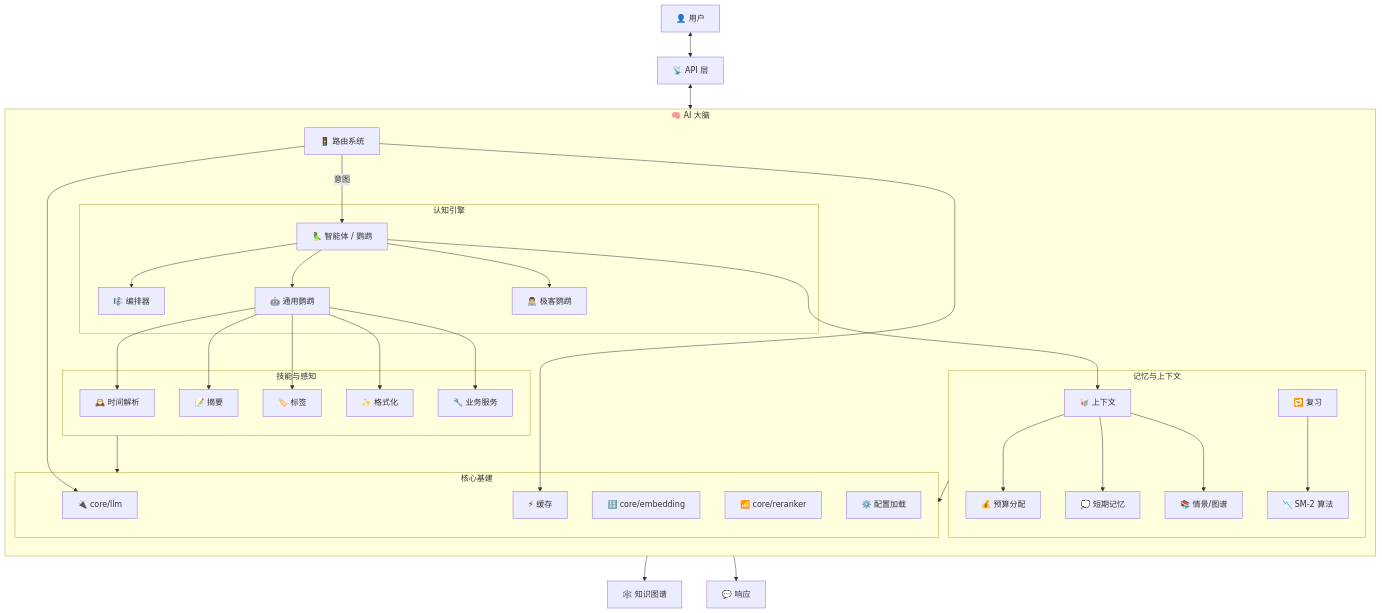
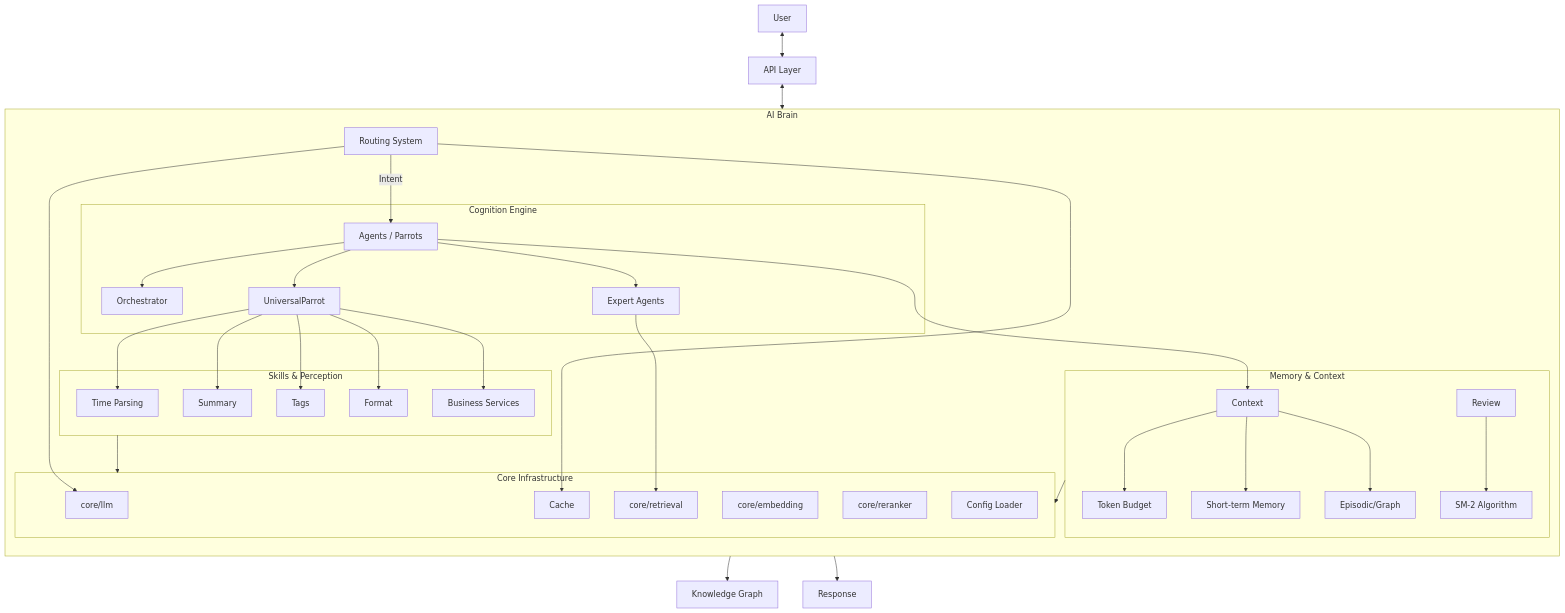
One commit to 88lin/divinesense changed the first of 3 diagrams in ai/README.md. Above: the diagram before and after it, drawn with Mermaid. The commit also changed other lines of this file and 27 other files, not shown here.

````diff
--- a/ai/README.md
+++ b/ai/README.md
@@ -9,56 +9,58 @@
 ```mermaid
 graph TD
-    User[👤 用户] <--> API[📡 API 层]
-    API <--> Router[🚦 路由系统]
-    
-    subgraph Brain [🧠 AI 大脑]
+    User[User] <--> API[API Layer]
+    API <--> Router[Routing System]
+
+    subgraph Brain [AI Brain]
         direction TB
-        
-        %% Layer 1: 决策与编排
-        Router --> |意图| Agents[🦜 智能体 / 鹦鹉]
-        
-        subgraph Cortex [认知引擎]
-            Agents --> Orchestrator[🎼 编排器]
-            Agents --> Universal[🤖 通用鹦鹉]
-            Agents --> Geek[👨‍💻 极客鹦鹉]
+
+        %% Layer 1: Decision & Orchestration
+        Router --> |Intent| Agents[Agents / Parrots]
+
+        subgraph Cortex [Cognition Engine]
+            Agents --> Orchestrator[Orchestrator]
+            Agents --> Universal[UniversalParrot]
+            Agents --> Expert[Expert Agents]
         end
-        
-        %% Layer 2: 技能与感知
-        subgraph Skills [技能与感知]
-            Universal --> Time[🕰️ 时间解析]
-            Universal --> Summary[📝 摘要]
-            Universal --> Tags[🏷️ 标签]
-            Universal --> Format[✨ 格式化]
-            Universal --> Services[🔧 业务服务]
+
+        %% Layer 2: Skills & Perception
+        subgraph Skills [Skills & Perception]
+            Universal --> Time[Time Parsing]
+            Universal --> Summary[Summary]
+            Universal --> Tags[Tags]
+            Universal --> Format[Format]
+            Universal --> Services[Business Services]
         end
-        
-        %% Layer 3: 记忆与上下文
-        subgraph MemoryLobe [记忆与上下文]
-            Context[🥡 上下文] --> Budget[💰 预算分配]
-            Context --> ShortTerm[💭 短期记忆]
-            Context --> LongTerm[📚 情景/图谱]
-            Review[🔁 复习] --> SM2[📉 SM-2 算法]
+
+        %% Layer 3: Memory & Context
+        subgraph MemoryLobe [Memory & Context]
+            Context[Context] --> Budget[Token Budget]
+            Context --> ShortTerm[Short-term Memory]
+            Context --> LongTerm[Episodic/Graph]
+            Review[Review] --> SM2[SM-2 Algorithm]
         end
-        
-        %% Layer 4: 基础设施
-        subgraph Foundation [核心基建]
-            LLM[🔌 core/llm]
-            Embed[🔢 core/embedding]
-            Rerank[📶 core/reranker]
-            Cache[⚡ 缓存]
-            Config[⚙️ 配置加载]
+
+        %% Layer 4: Infrastructure
+        subgraph Foundation [Core Infrastructure]
+            LLM[core/llm]
+            Embed[core/embedding]
+            Rerank[core/reranker]
+            Retrieval[core/retrieval]
+            Cache[Cache]
+            Config[Config Loader]
         end
-        
+
         Agents --> Context
         Skills --> Foundation
         MemoryLobe --> Foundation
     end
-    
-    %% 跨依赖
+
+    %% Cross-dependencies
     Router --> Cache
     Router --> LLM
-    LongTerm --> Graph[🕸️ 知识图谱]
-    
-    %% 输出
-    Agents --> Response[💬 响应]
+    Expert --> Retrieval
+    LongTerm --> Graph[Knowledge Graph]
+
+    %% Output
+    Agents --> Response[Response]
 ```
````
